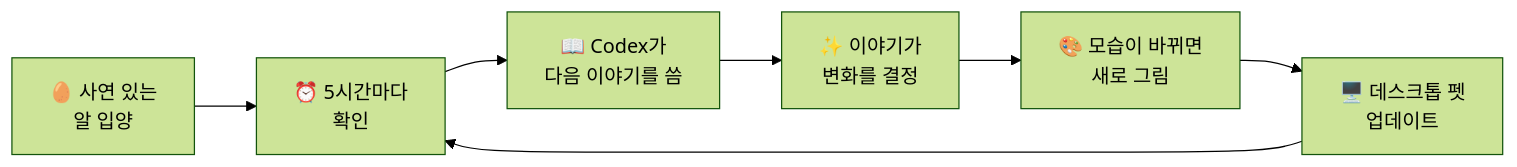
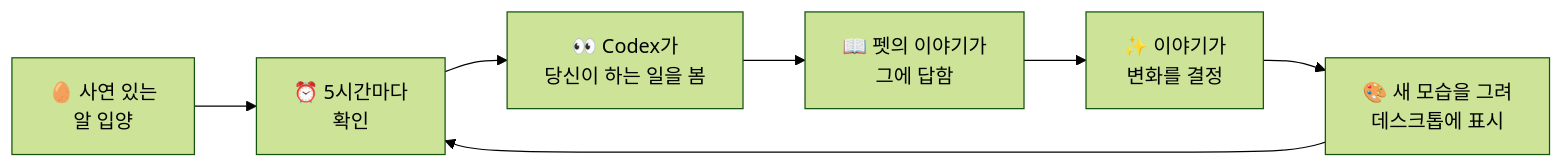
The diagram in README.ko.md (yate-ge/GenPet), drawn with Mermaid (forest theme) before and after one commit. The commit also changed other lines of this file and 12 other files, not shown here.

````diff
--- a/README.ko.md
+++ b/README.ko.md
@@ -103,9 +128,9 @@
 ```mermaid
 flowchart LR
   A["🥚 사연 있는<br>알 입양"] --> B["⏰ 5시간마다<br>확인"]
-  B --> C["📖 Codex가<br>다음 이야기를 씀"]
-  C --> D["✨ 이야기가<br>변화를 결정"]
-  D --> E["🎨 모습이 바뀌면<br>새로 그림"]
-  E --> F["🖥️ 데스크톱 펫<br>업데이트"]
+  B --> C["👀 Codex가<br>당신이 하는 일을 봄"]
+  C --> D["📖 펫의 이야기가<br>그에 답함"]
+  D --> E["✨ 이야기가<br>변화를 결정"]
+  E --> F["🎨 새 모습을 그려<br>데스크톱에 표시"]
   F --> B
 ```
````
